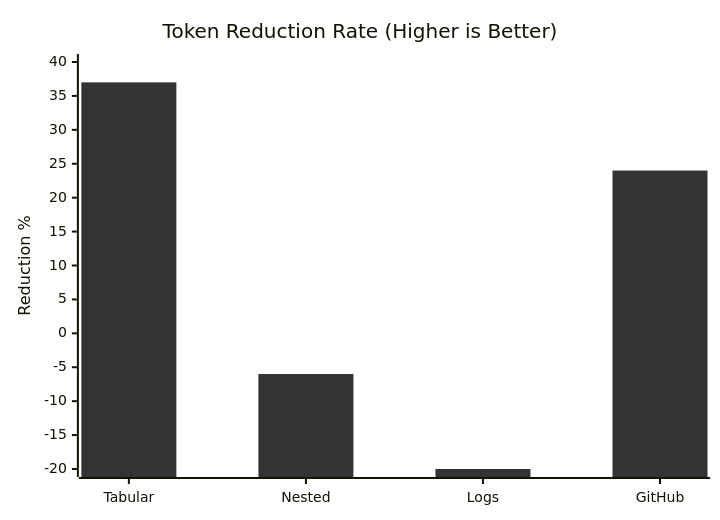
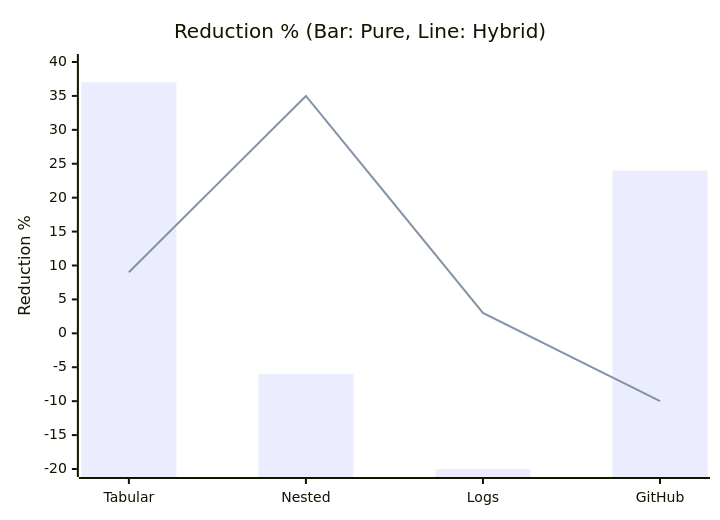
One commit to kida-hirokazu/eton changed the first of 2 diagrams in docs/Benchmark_Report.md. Above: the diagram before and after it, drawn with Mermaid. The commit also changed other lines of this file and 2 other files, not shown here.

Commit message:
docs: finalized benchmark report with real reuse data and updated mermaid charts

````diff
--- a/docs/Benchmark_Report.md
+++ b/docs/Benchmark_Report.md
@@ -33,9 +33,8 @@
 ```mermaid
-%%{init: {'theme': 'base', 'themeVariables': { 'xyChart': { 'plotColorPalette': 'brand' }}}}%%
 xychart-beta
-    title "Token Reduction Rate (Higher is Better)"
+    title "Reduction % (Bar: Pure, Line: Hybrid)"
     x-axis [Tabular, Nested, Logs, GitHub]
     y-axis "Reduction %" -20 --> 40
     bar [37, -6, -20, 24]
     line [9, 35, 3, -10]
 ```
````
